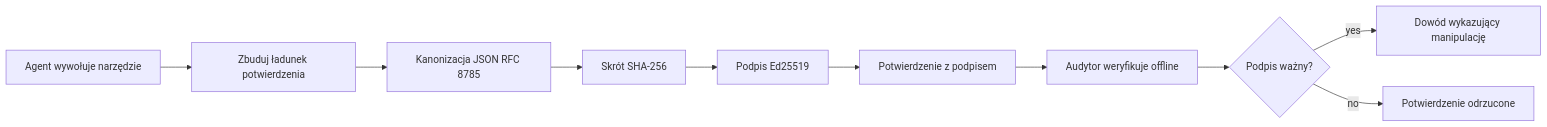
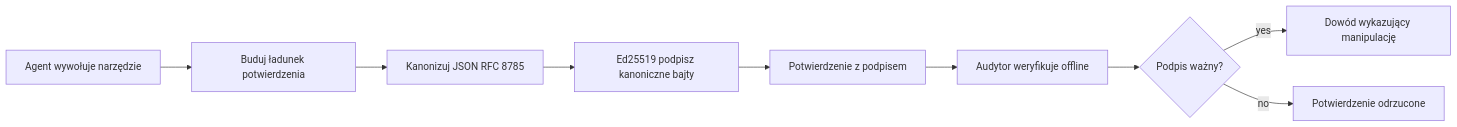
The first of 2 diagrams in mirrors/repos/microsoft@ai-agents-for-beginners/translations/pl/18-securing-ai-agents/README.md (gabrielmoreira/agent-skills-mirror), drawn with Mermaid before and after one commit. The commit also changed other lines of this file and 4262 other files, not shown here.

````diff
--- a/mirrors/repos/microsoft@ai-agents-for-beginners/translations/pl/18-securing-ai-agents/README.md
+++ b/mirrors/repos/microsoft@ai-agents-for-beginners/translations/pl/18-securing-ai-agents/README.md
@@ -51,12 +51,11 @@
 ```mermaid
 flowchart LR
-    A[Agent wywołuje narzędzie] --> B[Zbuduj ładunek potwierdzenia]
-    B --> C[Kanonizacja JSON RFC 8785]
-    C --> D[Skrót SHA-256]
-    D --> E[Podpis Ed25519]
+    A[Agent wywołuje narzędzie] --> B[Buduj ładunek potwierdzenia]
+    B --> C[Kanonizuj JSON RFC 8785]
+    C --> E[Ed25519 podpisz kanoniczne bajty]
     E --> F[Potwierdzenie z podpisem]
     F --> G[Audytor weryfikuje offline]
     G --> H{Podpis ważny?}
     H -- yes --> I[Dowód wykazujący manipulację]
     H -- no --> J[Potwierdzenie odrzucone]
 ```
````
